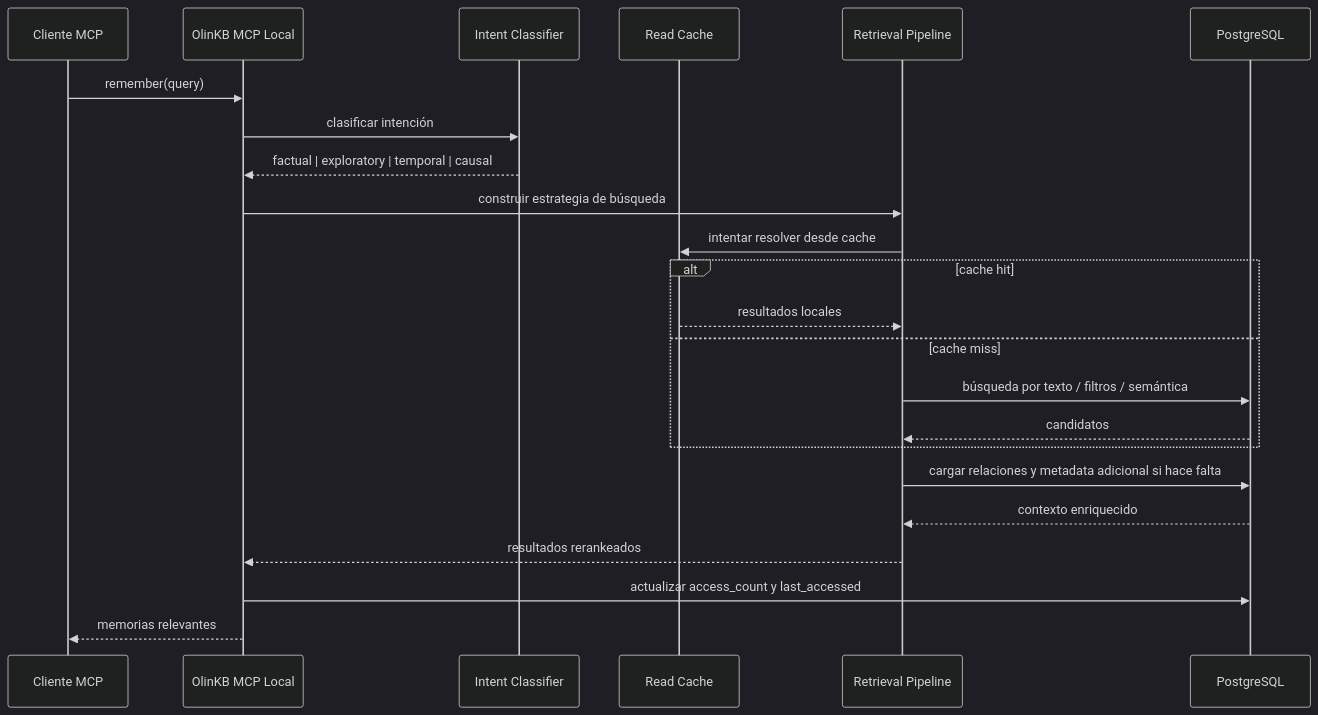
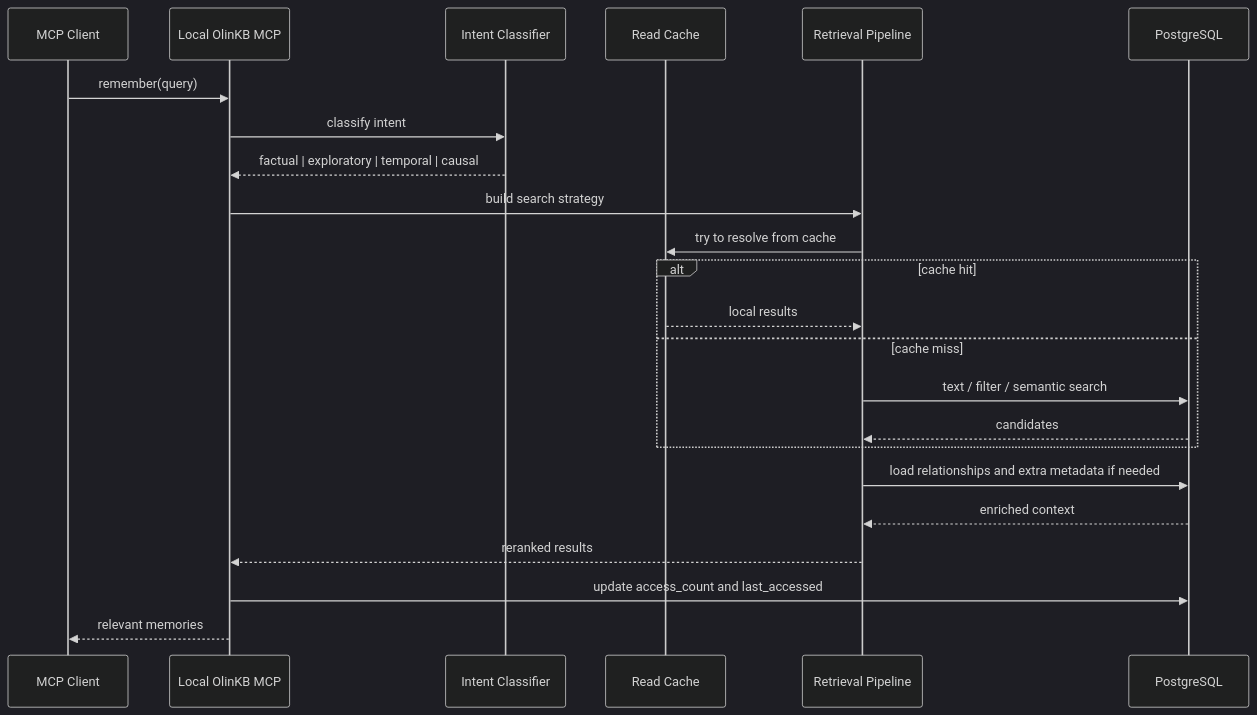
Before and after one commit to rzjulio/olinkb: the fifth of 6 diagrams in docs/olinkb-arquitectura-c4.md, drawn with Mermaid (dark theme). The commit also changed other lines of this file and 22 other files, not shown here.

````diff
--- a/docs/olinkb-arquitectura-c4.md
+++ b/docs/olinkb-arquitectura-c4.md
@@ -182,26 +182,26 @@
 ```mermaid
 sequenceDiagram
-    participant IDE as Cliente MCP
-    participant MCP as OlinKB MCP Local
+    participant IDE as MCP Client
+    participant MCP as Local OlinKB MCP
     participant INTENT as Intent Classifier
     participant CACHE as Read Cache
     participant RET as Retrieval Pipeline
     participant PG as PostgreSQL
 
     IDE->>MCP: remember(query)
-    MCP->>INTENT: clasificar intención
+    MCP->>INTENT: classify intent
     INTENT-->>MCP: factual | exploratory | temporal | causal
-    MCP->>RET: construir estrategia de búsqueda
-    RET->>CACHE: intentar resolver desde cache
+    MCP->>RET: build search strategy
+    RET->>CACHE: try to resolve from cache
     alt cache hit
-        CACHE-->>RET: resultados locales
+        CACHE-->>RET: local results
     else cache miss
-        RET->>PG: búsqueda por texto / filtros / semántica
-        PG-->>RET: candidatos
+        RET->>PG: text / filter / semantic search
+        PG-->>RET: candidates
     end
-    RET->>PG: cargar relaciones y metadata adicional si hace falta
-    PG-->>RET: contexto enriquecido
-    RET-->>MCP: resultados rerankeados
-    MCP->>PG: actualizar access_count y last_accessed
-    MCP-->>IDE: memorias relevantes
+    RET->>PG: load relationships and extra metadata if needed
+    PG-->>RET: enriched context
+    RET-->>MCP: reranked results
+    MCP->>PG: update access_count and last_accessed
+    MCP-->>IDE: relevant memories
 ```
````
